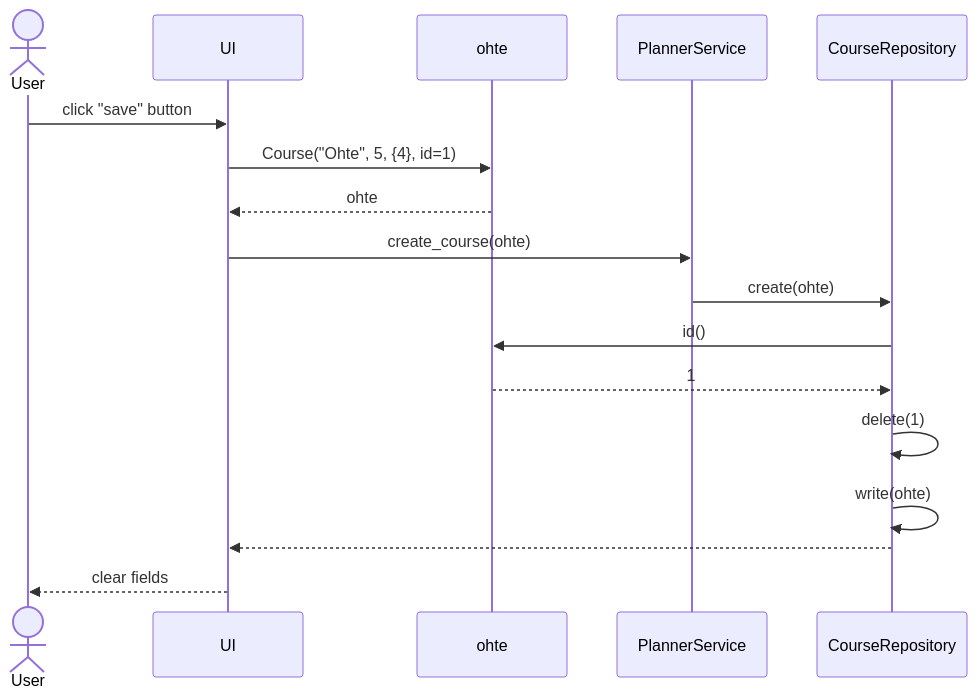
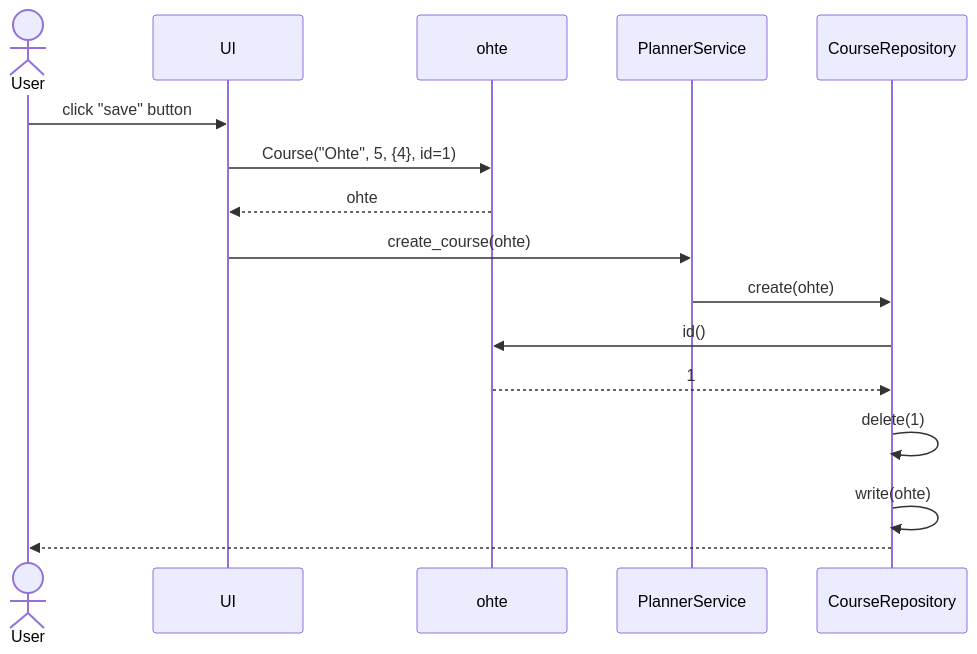
Before and after one commit to TheJiahao/ohte-harjoitustyo: the third of 7 diagrams in dokumentaatio/arkkitehtuuri.md, drawn with Mermaid. The commit also changed other lines of this file and 1 other file, not shown here.

````diff
--- a/dokumentaatio/arkkitehtuuri.md
+++ b/dokumentaatio/arkkitehtuuri.md
@@ -163,16 +163,15 @@
 ```mermaid
 sequenceDiagram
 actor User
 
 User ->> UI: click "save" button
 UI ->> ohte: Course("Ohte", 5, {4}, id=1)
 ohte -->> UI: ohte
 UI ->> PlannerService: create_course(ohte)
 PlannerService ->> CourseRepository: create(ohte)
 CourseRepository ->> ohte: id()
 ohte -->> CourseRepository: 1
 CourseRepository ->> CourseRepository: delete(1)
 CourseRepository ->> CourseRepository: write(ohte)
-CourseRepository -->> UI: 
-UI -->> User: clear fields
+CourseRepository -->> User: 
 ```
````
